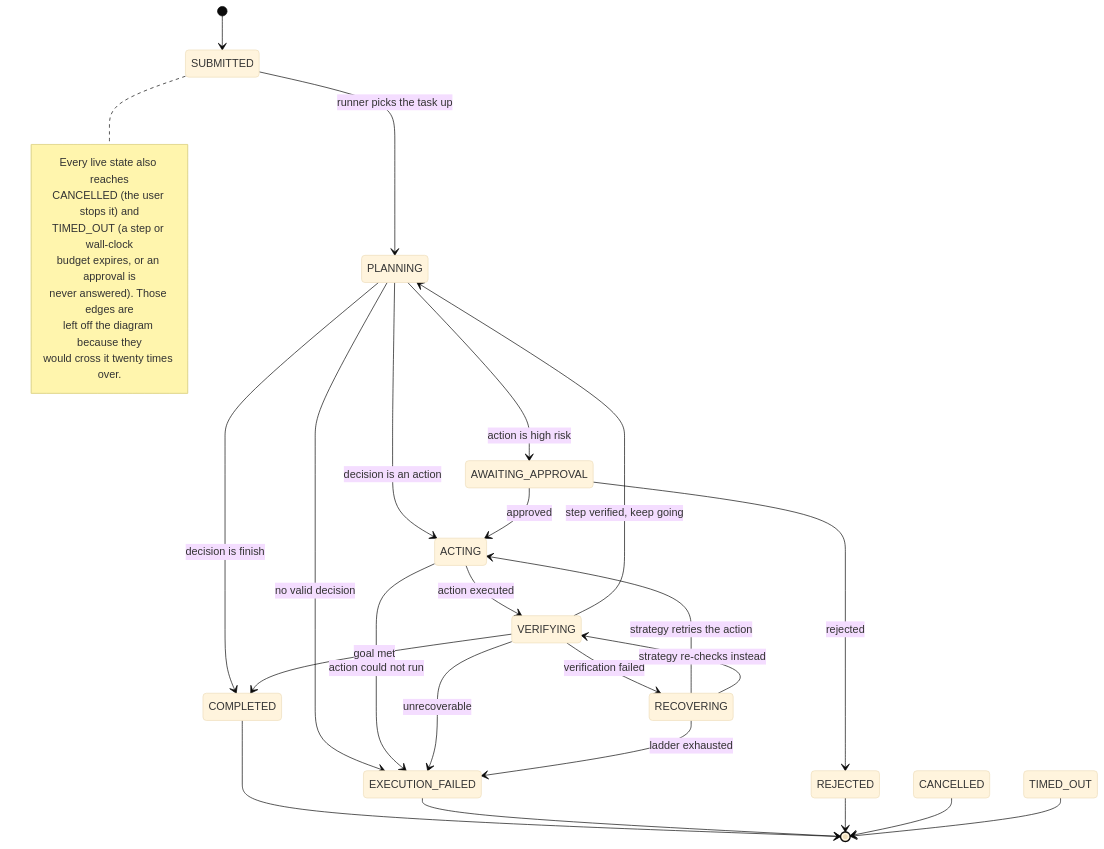
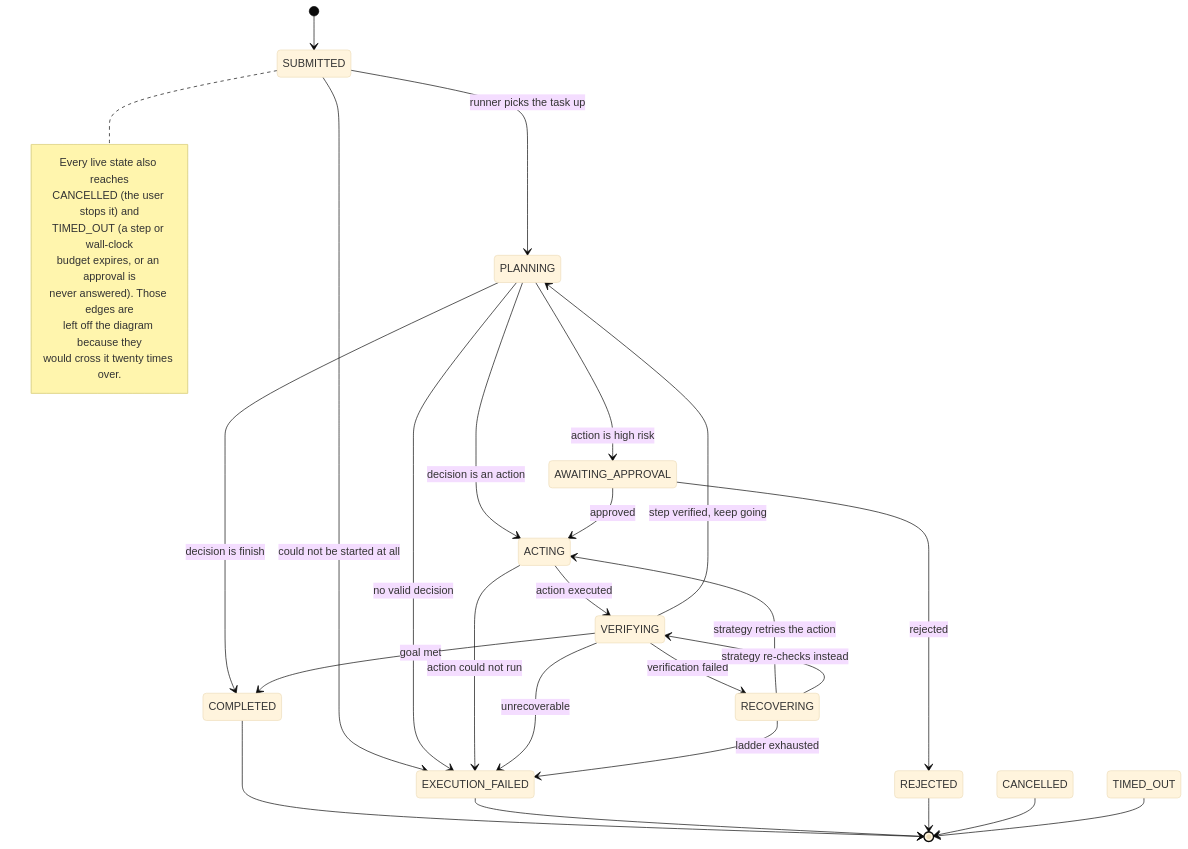
Before and after one commit to Abhishek9639/browser-agent-backend: the first of 2 diagrams in docs/agent.md, drawn with Mermaid (base theme). The commit also changed other lines of this file and 21 other files, not shown here.

````diff
--- a/docs/agent.md
+++ b/docs/agent.md
@@ -14,44 +14,45 @@
 ```mermaid
 stateDiagram-v2
     direction TB
 
     [*] --> SUBMITTED
 
     SUBMITTED --> PLANNING: runner picks the task up
+    SUBMITTED --> EXECUTION_FAILED: could not be started at all
 
     PLANNING --> ACTING: decision is an action
     PLANNING --> AWAITING_APPROVAL: action is high risk
     PLANNING --> COMPLETED: decision is finish
     PLANNING --> EXECUTION_FAILED: no valid decision
 
     ACTING --> VERIFYING: action executed
     ACTING --> EXECUTION_FAILED: action could not run
 
     VERIFYING --> PLANNING: step verified, keep going
     VERIFYING --> RECOVERING: verification failed
     VERIFYING --> COMPLETED: goal met
     VERIFYING --> EXECUTION_FAILED: unrecoverable
 
     RECOVERING --> ACTING: strategy retries the action
     RECOVERING --> VERIFYING: strategy re-checks instead
     RECOVERING --> EXECUTION_FAILED: ladder exhausted
 
     AWAITING_APPROVAL --> ACTING: approved
     AWAITING_APPROVAL --> REJECTED: rejected
 
     COMPLETED --> [*]
     EXECUTION_FAILED --> [*]
     REJECTED --> [*]
     CANCELLED --> [*]
     TIMED_OUT --> [*]
 
     note right of SUBMITTED
         Every live state also reaches
         CANCELLED (the user stops it) and
         TIMED_OUT (a step or wall-clock
         budget expires, or an approval is
         never answered). Those edges are
         left off the diagram because they
         would cross it twenty times over.
     end note
 ```
````
